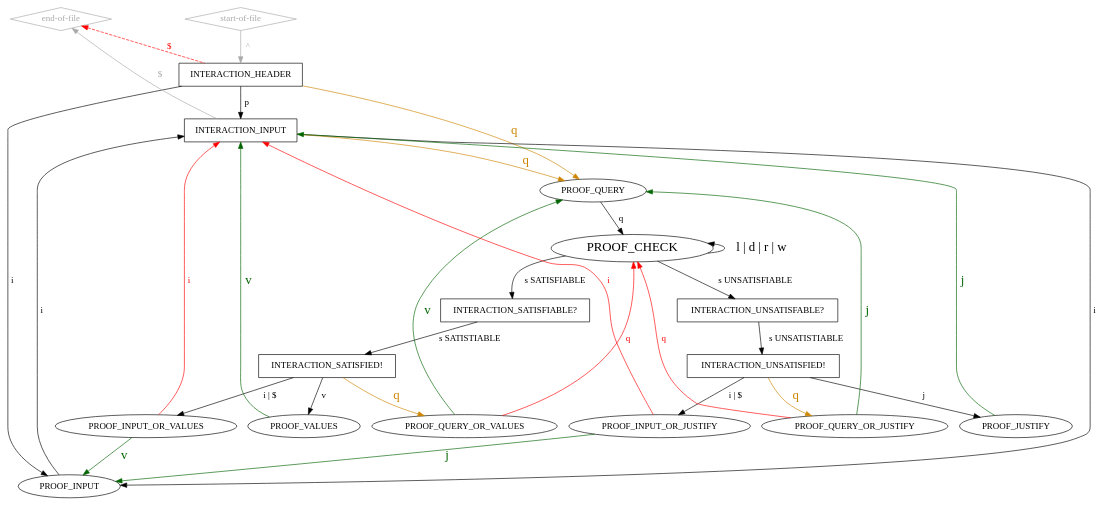
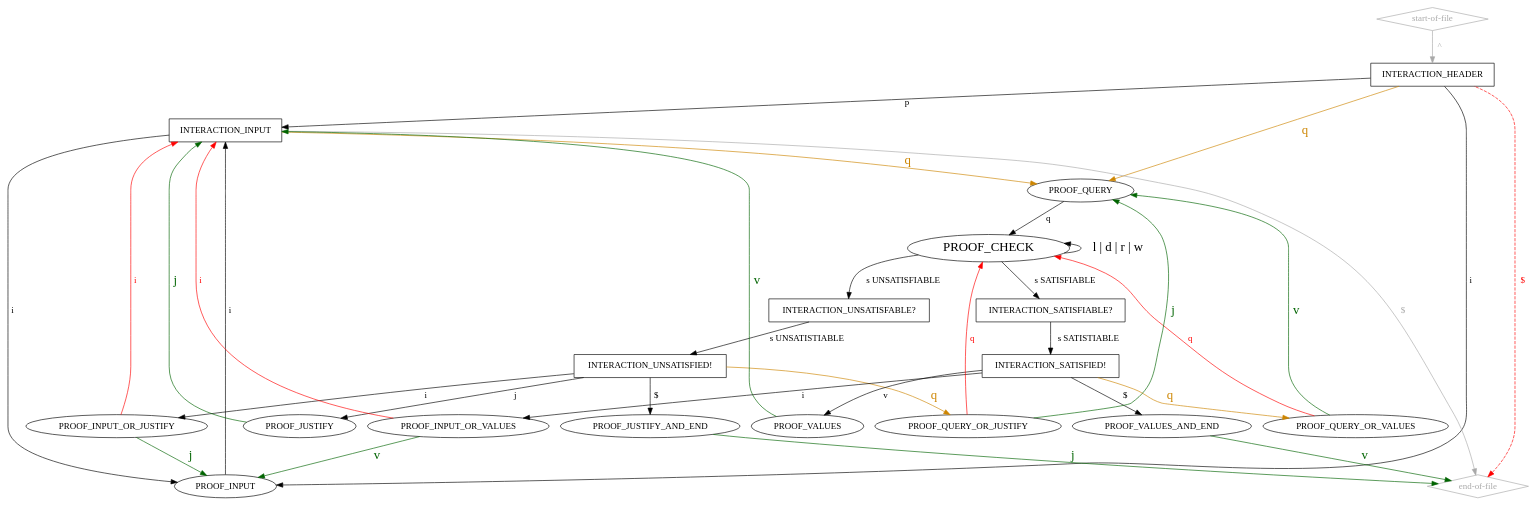
The diagram in idrup-check-relaxed.dot (arminbiere/lidrup-check), drawn with Graphviz before and after one commit. The commit also changed 2 other files, not shown here.

```diff
--- a/idrup-check-relaxed.dot
+++ b/idrup-check-relaxed.dot
@@ -1,61 +1,66 @@
 digraph "idrup-check" {
 
   "start-of-file" [shape=diamond,color=darkgray,fontcolor=darkgray];
   "start-of-file" -> INTERACTION_HEADER [label=" ^ ";weight=2,color=darkgray,fontcolor=darkgray];
 
   "end-of-file" [shape=diamond,color=darkgray,fontcolor=darkgray];
 
   // INTERACTION_HEADER -> "end-of-file";
   // INTERACTION_INPUT -> "end-of-file";
    "end-of-file" -> INTERACTION_HEADER [label="  $  ",dir=back,style=dashed,color=red,fontcolor=red];
    "end-of-file" -> INTERACTION_INPUT [label="$    ",dir=back,color=darkgray,fontcolor=darkgray];
 
   INTERACTION_HEADER [shape=box];
   INTERACTION_HEADER -> PROOF_INPUT [label=" i "];
   INTERACTION_HEADER -> PROOF_QUERY [label=" q ",color=orange3,fontsize=20,fontcolor=orange3];
   INTERACTION_HEADER -> INTERACTION_INPUT [label=" p ",weight=2,color=black,fontcolor=black];
 
   INTERACTION_INPUT [shape=box];
   INTERACTION_INPUT -> PROOF_INPUT [label=" i ",weight=2];
   INTERACTION_INPUT -> PROOF_QUERY [label=" q ",weight=2,color=orange3,fontsize=20,fontcolor=orange3];
 
   PROOF_INPUT -> INTERACTION_INPUT [label=" i ",weight=3];
 
   PROOF_QUERY -> PROOF_CHECK [label=" q "];
 
   PROOF_CHECK [fontsize=20];
   PROOF_CHECK -> PROOF_CHECK [label=" l | d | r | w ",dir=back,fontsize=20];
   PROOF_CHECK -> INTERACTION_SATISFIABLE [label=" s SATISFIABLE "];
   PROOF_CHECK -> INTERACTION_UNSATISFABLE [label=" s UNSATISFIABLE "];
 
   INTERACTION_UNSATISFABLE [shape="box",label="INTERACTION_UNSATISFABLE?"];
   INTERACTION_UNSATISFABLE -> INTERACTION_UNSATISFIED [label=" s UNSATISTIABLE "];
 
   INTERACTION_SATISFIABLE [shape="box",label="INTERACTION_SATISFIABLE?"];
   INTERACTION_SATISFIABLE -> INTERACTION_SATISFIED [label=" s SATISTIABLE "];
 
   INTERACTION_SATISFIED [shape=box,label="INTERACTION_SATISFIED!"];
   INTERACTION_SATISFIED -> PROOF_VALUES [label=" v "];
-  INTERACTION_SATISFIED -> PROOF_INPUT_OR_VALUES [label=" i | $ "];
+  INTERACTION_SATISFIED -> PROOF_INPUT_OR_VALUES [label=" i "];
   INTERACTION_SATISFIED -> PROOF_QUERY_OR_VALUES [label=" q ", color=orange3,fontsize=20,fontcolor=orange3];
+  INTERACTION_SATISFIED -> PROOF_VALUES_AND_END [label=" $ "];
 
   INTERACTION_UNSATISFIED [shape=box,label="INTERACTION_UNSATISFIED!"];
   INTERACTION_UNSATISFIED -> PROOF_JUSTIFY [label=" j "];
-  INTERACTION_UNSATISFIED -> PROOF_INPUT_OR_JUSTIFY [label=" i | $ "];
+  INTERACTION_UNSATISFIED -> PROOF_INPUT_OR_JUSTIFY [label=" i "];
   INTERACTION_UNSATISFIED -> PROOF_QUERY_OR_JUSTIFY [label=" q ",color=orange3,fontsize=20,fontcolor=orange3];
+  INTERACTION_UNSATISFIED -> PROOF_JUSTIFY_AND_END [label=" $ "];
+
+  PROOF_VALUES_AND_END -> "end-of-file" [label=" v ",color=darkgreen,fontsize=20,fontcolor=darkgreen];
+  PROOF_JUSTIFY_AND_END -> "end-of-file" [label=" j ",color=darkgreen,fontsize=20,fontcolor=darkgreen];
 
   PROOF_VALUES -> INTERACTION_INPUT [label=" v ",color=darkgreen,fontsize=20,fontcolor=darkgreen];
   PROOF_JUSTIFY -> INTERACTION_INPUT [label=" j ",color=darkgreen,fontsize=20,fontcolor=darkgreen];
 
   PROOF_INPUT_OR_VALUES -> INTERACTION_INPUT [label=" i ",color=red,fontcolor=red];
   PROOF_INPUT_OR_VALUES -> PROOF_INPUT [label=" v ", color=darkgreen,fontcolor=darkgreen,fontsize=20];
 
   PROOF_QUERY_OR_VALUES -> PROOF_QUERY [label=" v ",color=darkgreen,fontcolor=darkgreen,fontsize=20];
   PROOF_QUERY_OR_VALUES -> PROOF_CHECK [label=" q ",color=red,fontcolor=red];
 
   PROOF_QUERY_OR_JUSTIFY -> PROOF_QUERY [label=" j ",color=darkgreen,fontcolor=darkgreen,fontsize=20];
   PROOF_QUERY_OR_JUSTIFY -> PROOF_CHECK [label=" q ",color=red,fontcolor=red];
 
   PROOF_INPUT_OR_JUSTIFY -> PROOF_INPUT [label=" j ",color=darkgreen,fontcolor=darkgreen,fontsize=20];
   PROOF_INPUT_OR_JUSTIFY -> INTERACTION_INPUT [label=" i ",color=red,fontcolor=red];
 }
```
